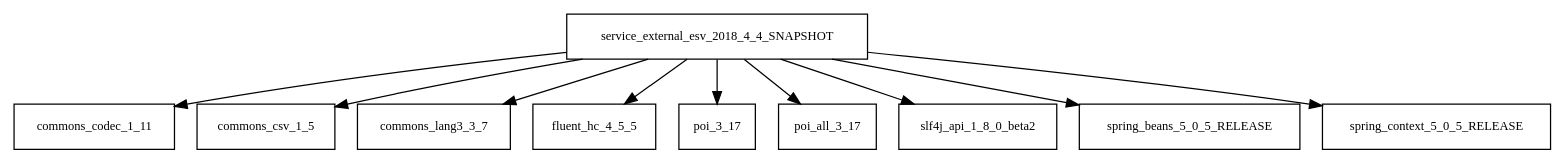
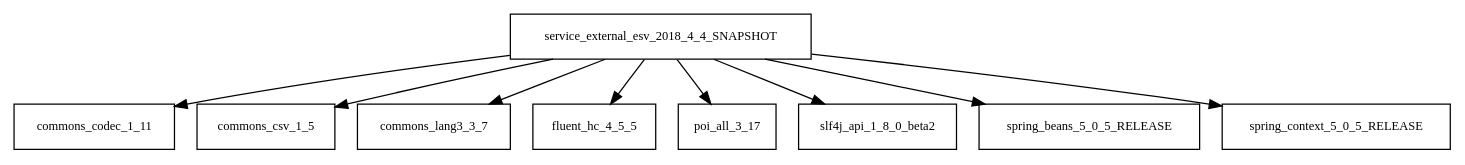
One commit to sjvs/cia changed the diagram in tattleTaleReport/graphviz/service.external.esv-2018.4.4-SNAPSHOT.jar/service.external.esv-2018.4.4-SNAPSHOT.jar.dot. Above: the diagram before and after it, drawn with Graphviz. The commit also changed 1518 other files, not shown here.

```diff
--- a/tattleTaleReport/graphviz/service.external.esv-2018.4.4-SNAPSHOT.jar/service.external.esv-2018.4.4-SNAPSHOT.jar.dot
+++ b/tattleTaleReport/graphviz/service.external.esv-2018.4.4-SNAPSHOT.jar/service.external.esv-2018.4.4-SNAPSHOT.jar.dot
@@ -1,12 +1,11 @@
 digraph service_external_esv_2018_4_4_SNAPSHOT_dependencies {
   node [shape = box, fontsize=10.0];
   service_external_esv_2018_4_4_SNAPSHOT -> commons_codec_1_11;
   service_external_esv_2018_4_4_SNAPSHOT -> commons_csv_1_5;
   service_external_esv_2018_4_4_SNAPSHOT -> commons_lang3_3_7;
   service_external_esv_2018_4_4_SNAPSHOT -> fluent_hc_4_5_5;
-  service_external_esv_2018_4_4_SNAPSHOT -> poi_3_17;
   service_external_esv_2018_4_4_SNAPSHOT -> poi_all_3_17;
   service_external_esv_2018_4_4_SNAPSHOT -> slf4j_api_1_8_0_beta2;
   service_external_esv_2018_4_4_SNAPSHOT -> spring_beans_5_0_5_RELEASE;
   service_external_esv_2018_4_4_SNAPSHOT -> spring_context_5_0_5_RELEASE;
 }
```
